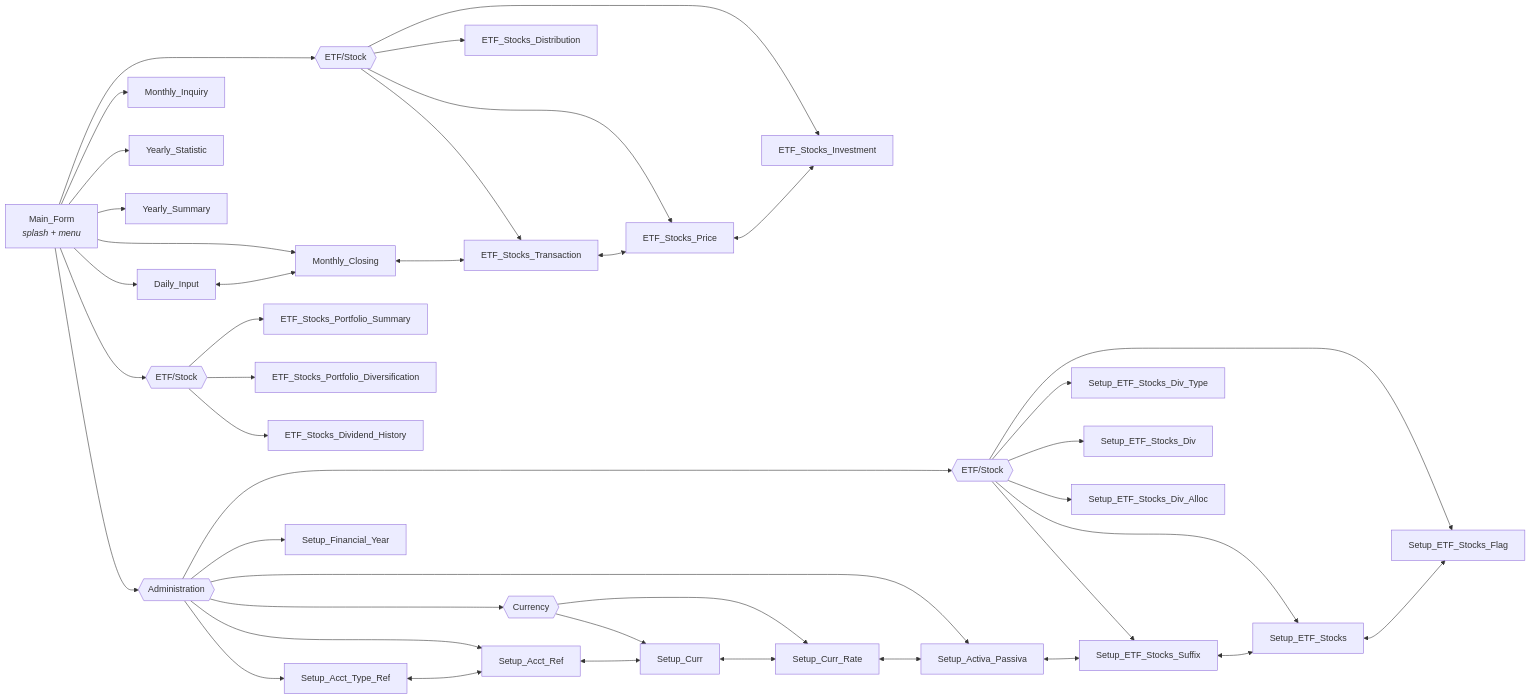
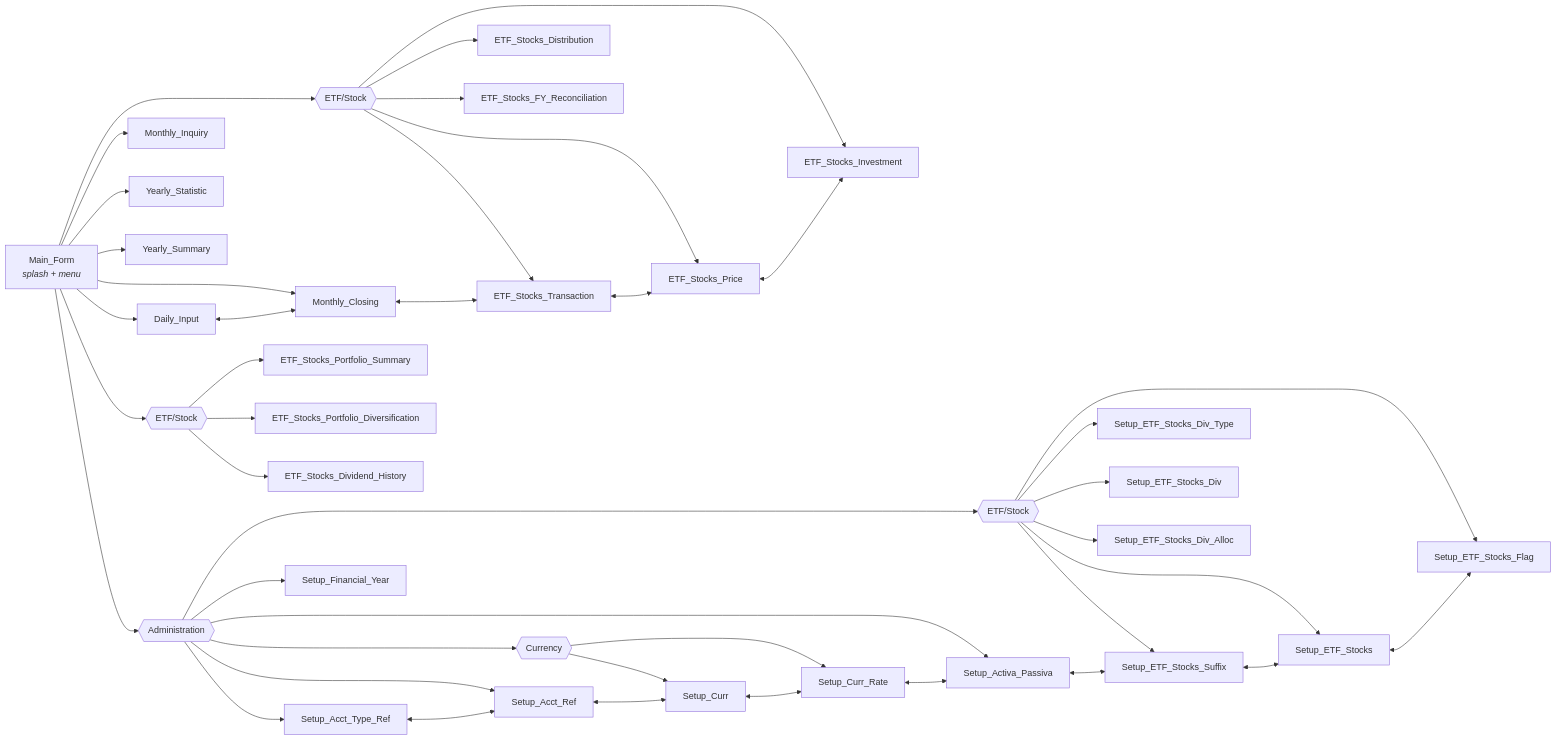
The second of 3 diagrams in README.md (oscar-rijadi/FinancialBalance), drawn with Mermaid before and after one commit. The commit also changed other lines of this file and 48 other files, not shown here.

````diff
--- a/README.md
+++ b/README.md
@@ -101,48 +101,49 @@
 ```mermaid
 flowchart LR
     MAIN["Main_Form<br/><i>splash + menu</i>"]
 
     MAIN --> DI["Daily_Input"]
     MAIN --> MC["Monthly_Closing"]
     MAIN --> PETFG{{"ETF/Stock"}}
     PETFG --> ETP["ETF_Stocks_Price"]
     PETFG --> ETI["ETF_Stocks_Investment"]
     PETFG --> ETX["ETF_Stocks_Transaction"]
     PETFG --> ETD["ETF_Stocks_Distribution"]
+    PETFG --> ETR["ETF_Stocks_FY_Reconciliation"]
     MAIN --> MI["Monthly_Inquiry"]
     MAIN --> YT["Yearly_Statistic"]
     MAIN --> YS["Yearly_Summary"]
     MAIN --> PORTG{{"ETF/Stock"}}
     PORTG --> PSUM["ETF_Stocks_Portfolio_Summary"]
     PORTG --> PDIV["ETF_Stocks_Portfolio_Diversification"]
     PORTG --> PDVH["ETF_Stocks_Dividend_History"]
 
     MAIN --> ADMIN{{"Administration"}}
     ADMIN --> SATR["Setup_Acct_Type_Ref"]
     ADMIN --> SAR["Setup_Acct_Ref"]
     ADMIN --> CURG{{"Currency"}}
     CURG --> SC["Setup_Curr"]
     CURG --> SCR["Setup_Curr_Rate"]
     ADMIN --> SAP["Setup_Activa_Passiva"]
     ADMIN --> SFY["Setup_Financial_Year"]
     ADMIN --> ETFG{{"ETF/Stock"}}
     ETFG --> SES["Setup_ETF_Stocks_Suffix"]
     ETFG --> SET["Setup_ETF_Stocks"]
     ETFG --> SEF["Setup_ETF_Stocks_Flag"]
     ETFG --> SDT["Setup_ETF_Stocks_Div_Type"]
     ETFG --> SDV["Setup_ETF_Stocks_Div"]
     ETFG --> SDA["Setup_ETF_Stocks_Div_Alloc"]
 
     DI <--> MC
     MC <--> ETX
     ETX <--> ETP
     ETP <--> ETI
 
     SATR <--> SAR
     SAR <--> SC
     SC <--> SCR
     SCR <--> SAP
     SAP <--> SES
     SES <--> SET
     SET <--> SEF
 ```
````
